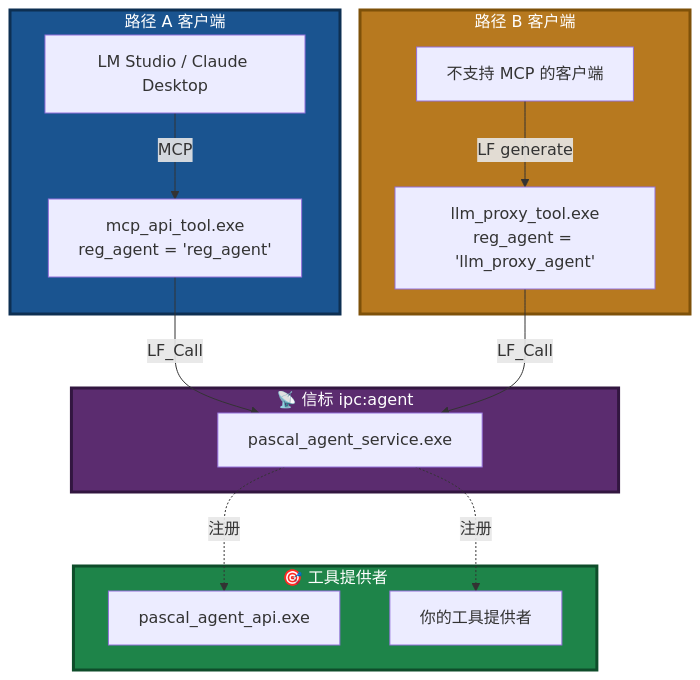
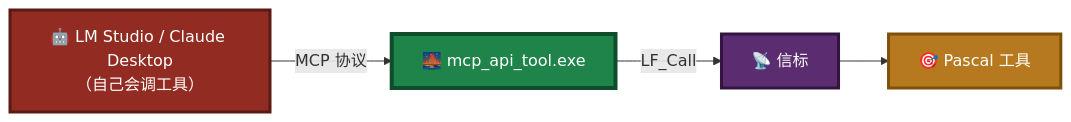
The fourth of 9 diagrams in readme.md (PassByYou888/LingoFuse-pasAgent), drawn with Mermaid before and after one commit. The commit also changed other lines of this file, not shown here.

````diff
--- a/readme.md
+++ b/readme.md
@@ -121,33 +101,11 @@
 ```mermaid
-flowchart TB
-    subgraph Beacon["📡 信标 ipc:agent"]
-        B1["pascal_agent_service.exe"]
-    end
+flowchart LR
+    A["🤖 LM Studio / Claude Desktop<br/>（自己会调工具）"] -->|"MCP 协议"| B["🌉 mcp_api_tool.exe"]
+    B -->|"LF_Call"| C["📡 信标"]
+    C --> D["🎯 Pascal 工具"]
 
-    subgraph ToolProviders["🎯 工具提供者"]
-        T1["pascal_agent_api.exe"]
-        T2["你的工具提供者"]
-    end
-
-    subgraph ClientsA["路径 A 客户端"]
-        A1["LM Studio / Claude Desktop"]
-        A2["mcp_api_tool.exe<br/>reg_agent = 'reg_agent'"]
-    end
-
-    subgraph ClientsB["路径 B 客户端"]
-        B1c["不支持 MCP 的客户端"]
-        B2c["llm_proxy_tool.exe<br/>reg_agent = 'llm_proxy_agent'"]
-    end
-
-    A1 -->|MCP| A2
-    A2 -->|LF_Call| B1
-    B1c -->|LF generate| B2c
-    B2c -->|LF_Call| B1
-    B1 -.->|注册| T1
-    B1 -.->|注册| T2
-
-    style Beacon fill:#5B2C6F,stroke:#321640,stroke-width:3px,color:#FFFFFF
-    style ToolProviders fill:#1E8449,stroke:#0E4D2A,stroke-width:3px,color:#FFFFFF
-    style ClientsA fill:#1A5490,stroke:#0D2F52,stroke-width:3px,color:#FFFFFF
-    style ClientsB fill:#B7791F,stroke:#7E5109,stroke-width:3px,color:#FFFFFF
+    style A fill:#922B21,stroke:#5A1A14,stroke-width:3px,color:#FFFFFF
+    style B fill:#1E8449,stroke:#0E4D2A,stroke-width:4px,color:#FFFFFF
+    style C fill:#5B2C6F,stroke:#321640,stroke-width:3px,color:#FFFFFF
+    style D fill:#B7791F,stroke:#7E5109,stroke-width:3px,color:#FFFFFF
 ```
````
